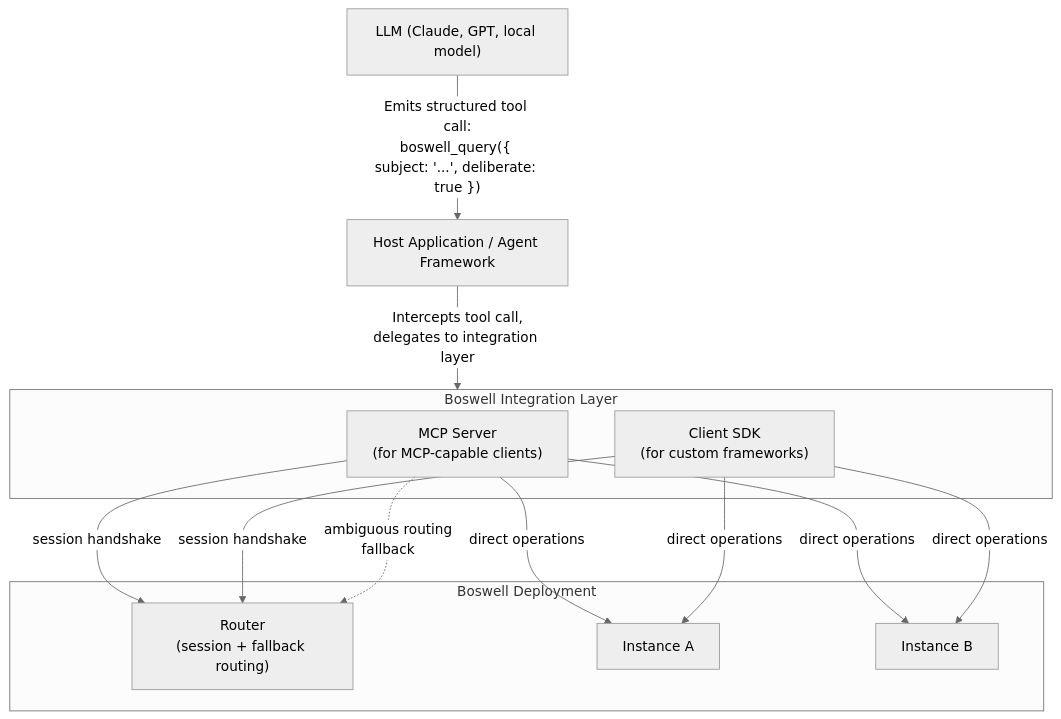
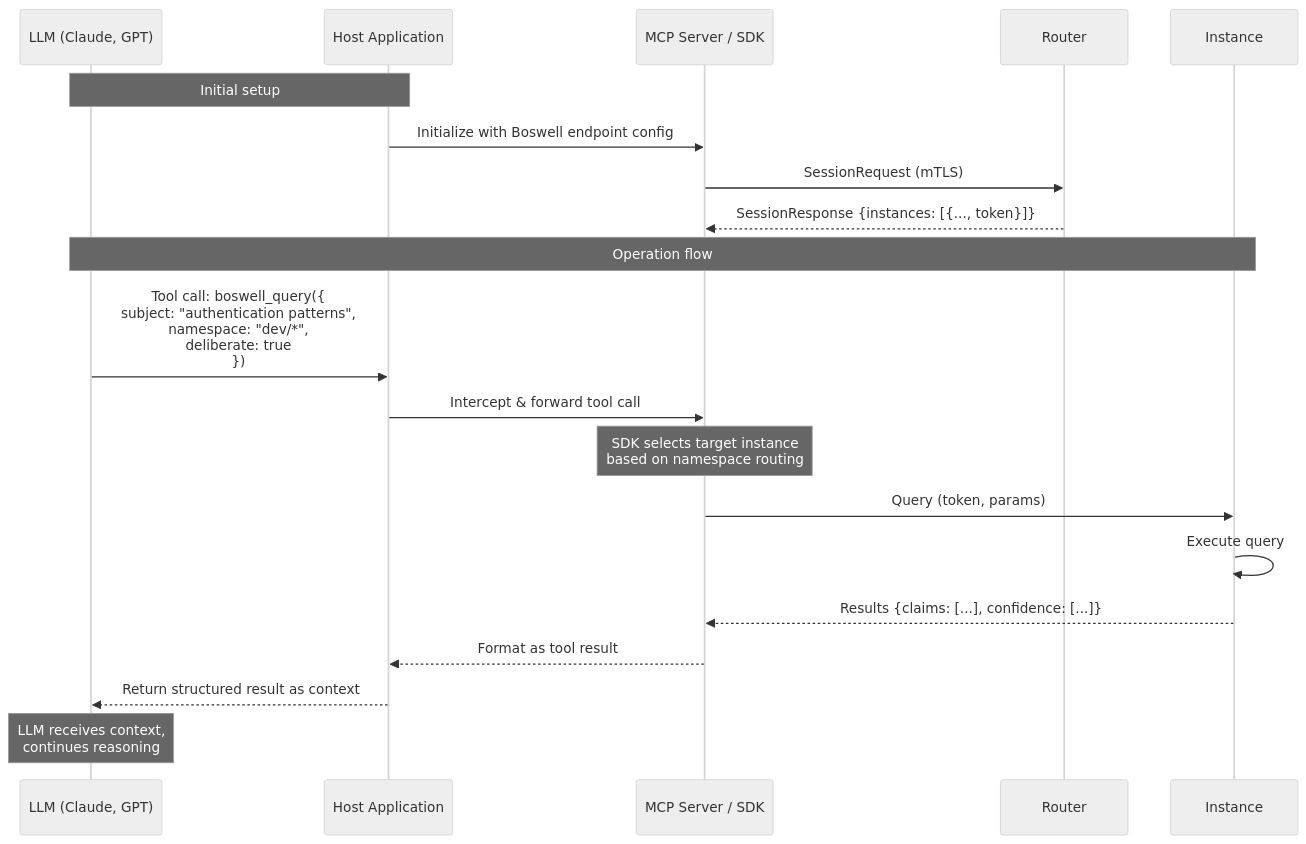
Before and after one commit to JDRay42/Boswell: diagram 15 of 15 in docs/architecture/01-architecture.md, drawn with Mermaid (neutral theme). The commit also changed other lines of this file and 1 other file, not shown here.

First line of the commit message:
refactor(arch): Router always present, per-instance tokens, clarify security model

````diff
--- a/docs/architecture/01-architecture.md
+++ b/docs/architecture/01-architecture.md
@@ -736,27 +901,30 @@
 ```mermaid
-graph TB
-    LLM["LLM (Claude, GPT, local model)"]
-    LLM -->|"Emits structured tool call:<br/>boswell_query({ subject: '...', deliberate: true })"| Host
+sequenceDiagram
+    participant LLM as LLM (Claude, GPT)
+    participant Host as Host Application
+    participant MCP as MCP Server / SDK
+    participant Router
+    participant Inst as Instance
 
-    Host["Host Application / Agent Framework"]
-    Host -->|"Intercepts tool call,<br/>delegates to integration layer"| IL
-
-    subgraph IL["Boswell Integration Layer"]
-        MCP["MCP Server<br/>(for MCP-capable clients)"]
-        SDK["Client SDK<br/>(for custom frameworks)"]
-    end
-
-    subgraph Boswell["Boswell Deployment"]
-        Router["Router<br/>(session + fallback routing)"]
-        InstA["Instance A"]
-        InstB["Instance B"]
-    end
-
-    MCP -->|"session handshake"| Router
-    MCP -->|"direct operations"| InstA
-    MCP -->|"direct operations"| InstB
-    SDK -->|"session handshake"| Router
-    SDK -->|"direct operations"| InstA
-    SDK -->|"direct operations"| InstB
-    MCP -.->|"ambiguous routing<br/>fallback"| Router
+    Note over LLM,Host: Initial setup
+    Host->>MCP: Initialize with Boswell endpoint config
+    MCP->>Router: SessionRequest (mTLS)
+    Router-->>MCP: SessionResponse {instances: [{..., token}]}
+    
+    Note over LLM,Inst: Operation flow
+    
+    LLM->>Host: Tool call: boswell_query({<br/>  subject: "authentication patterns",<br/>  namespace: "dev/*",<br/>  deliberate: true<br/>})
+    
+    Host->>MCP: Intercept & forward tool call
+    
+    Note over MCP: SDK selects target instance<br/>based on namespace routing
+    
+    MCP->>Inst: Query (token, params)
+    Inst->>Inst: Execute query
+    Inst-->>MCP: Results {claims: [...], confidence: [...]}
+    
+    MCP-->>Host: Format as tool result
+    Host-->>LLM: Return structured result as context
+    
+    Note over LLM: LLM receives context,<br/>continues reasoning
 ```
````
